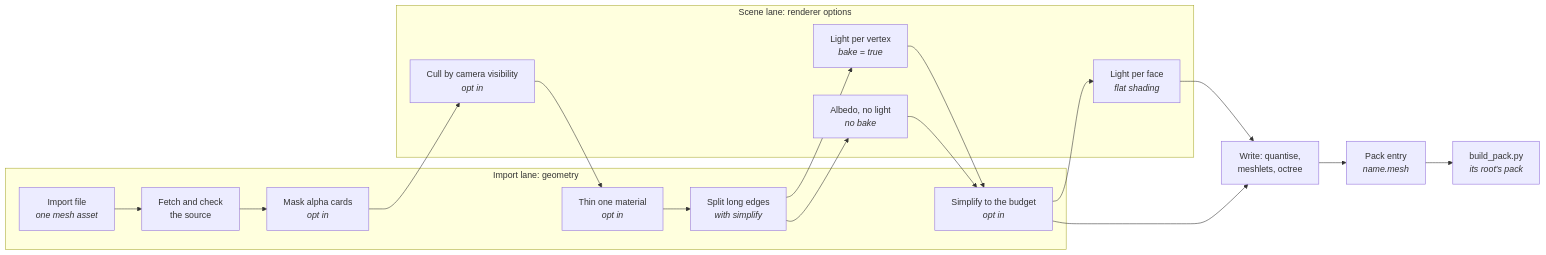
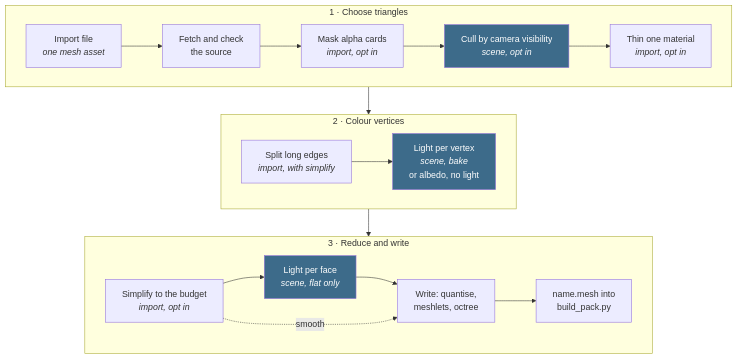
The first of 3 diagrams in docs/render/Mesh-Import.md (jose-villegas/autana), drawn with Mermaid before and after one commit. The commit also changed other lines of this file, not shown here.

Commit message:
docs: Mesh-Import pipeline as three stacked stages in the bake's order (autana-slinr) (#1131)
* docs: Mesh-Import pipeline diagram top to bottom, in the bake's step order (autana-slinr)

* docs: keep the Mesh-Import diagram as it was, stack only write, pack entry and build_pack

* docs: Mesh-Import pipeline as three stacked stages in the bake's order, a smooth bypass and a colour key (autana-slinr)

````diff
--- a/docs/render/Mesh-Import.md
+++ b/docs/render/Mesh-Import.md
@@ -8,23 +8,19 @@
 ```mermaid
-flowchart LR
-    subgraph Import_lane["Import lane: geometry"]
-    Import["Import file<br/><i>one mesh asset</i>"] --> Fetch["Fetch and check<br/>the source"]
-    Mask["Mask alpha cards<br/><i>opt in</i>"]
-    Thin["Thin one material<br/><i>opt in</i>"]
-    Dense["Split long edges<br/><i>with simplify</i>"]
-    Simp["Simplify to the budget<br/><i>opt in</i>"]
+flowchart TB
+    subgraph Cut["1 · Choose triangles"]
+    direction LR
+    Import["Import file<br/><i>one mesh asset</i>"] --> Fetch["Fetch and check<br/>the source"] --> Mask["Mask alpha cards<br/><i>import, opt in</i>"] --> Vis["Cull by camera visibility<br/><i>scene, opt in</i>"] --> Thin["Thin one material<br/><i>import, opt in</i>"]
     end
-    subgraph Scene_lane["Scene lane: renderer options"]
-    Vis["Cull by camera visibility<br/><i>opt in</i>"]
-    Lit["Light per vertex<br/><i>bake = true</i>"]
-    Albedo["Albedo, no light<br/><i>no bake</i>"]
-    Face["Light per face<br/><i>flat shading</i>"]
+    subgraph Light["2 · Colour vertices"]
+    direction LR
+    Dense["Split long edges<br/><i>import, with simplify</i>"] --> Lit["Light per vertex<br/><i>scene, bake</i><br/>or albedo, no light"]
     end
-    Fetch --> Mask --> Vis --> Thin --> Dense
-    Dense --> Lit --> Simp
-    Dense --> Albedo --> Simp
-    Simp --> Face --> Write["Write: quantise,<br/>meshlets, octree"]
-    Simp --> Write
-    Write --> Entry["Pack entry<br/><i>name.mesh</i>"]
-    Entry --> Pack["build_pack.py<br/><i>its root's pack</i>"]
+    subgraph Finish["3 · Reduce and write"]
+    direction LR
+    Simp["Simplify to the budget<br/><i>import, opt in</i>"] --> Face["Light per face<br/><i>scene, flat only</i>"] --> Write["Write: quantise,<br/>meshlets, octree"] --> Pack["name.mesh into<br/>build_pack.py"]
+    Simp -. smooth .-> Write
+    end
+    Cut --> Light --> Finish
+    classDef scene fill:#3d6b8a,color:#fff
+    class Vis,Lit,Face scene
 ```
````
